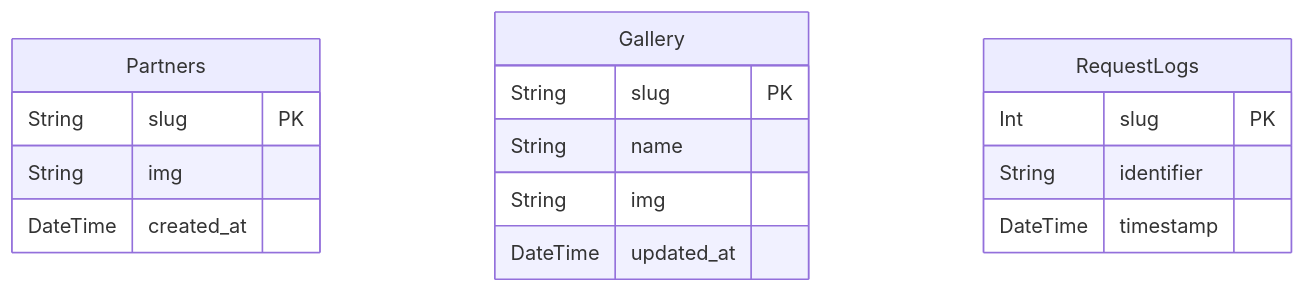
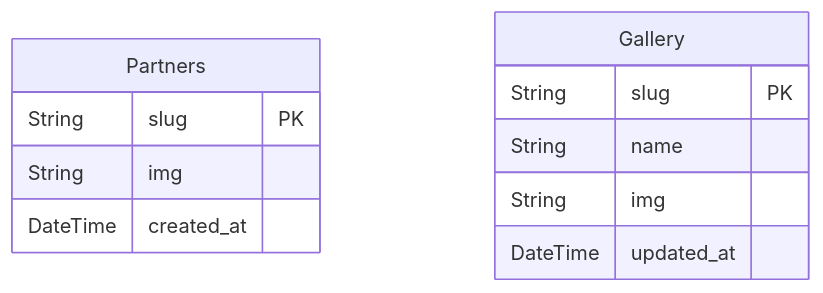
Before and after one commit to aymanbazyan/storeflow-docs: the fifth of 6 diagrams in docs/01-Overview/02-Tech-Stack-Concepts.md, drawn with Mermaid. The commit also changed other lines of this file and 6 other files, not shown here.

````diff
--- a/docs/01-Overview/02-Tech-Stack-Concepts.md
+++ b/docs/01-Overview/02-Tech-Stack-Concepts.md
@@ -214,21 +214,15 @@
 ```mermaid
 erDiagram
     Partners {
         String slug PK
         String img
         DateTime created_at
     }
 
     Gallery {
         String slug PK
         String name
         String img
         DateTime updated_at
     }
-
-    RequestLogs {
-        Int slug PK
-        String identifier
-        DateTime timestamp
-    }
 ```
````
